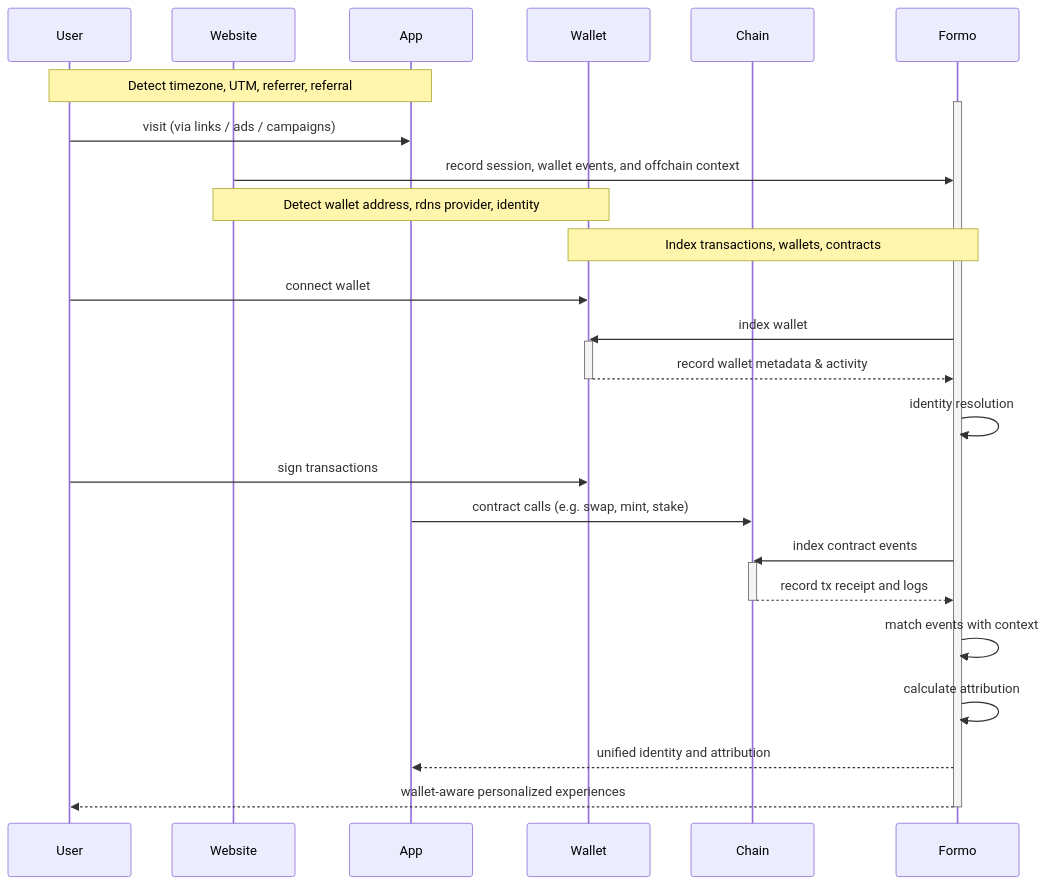
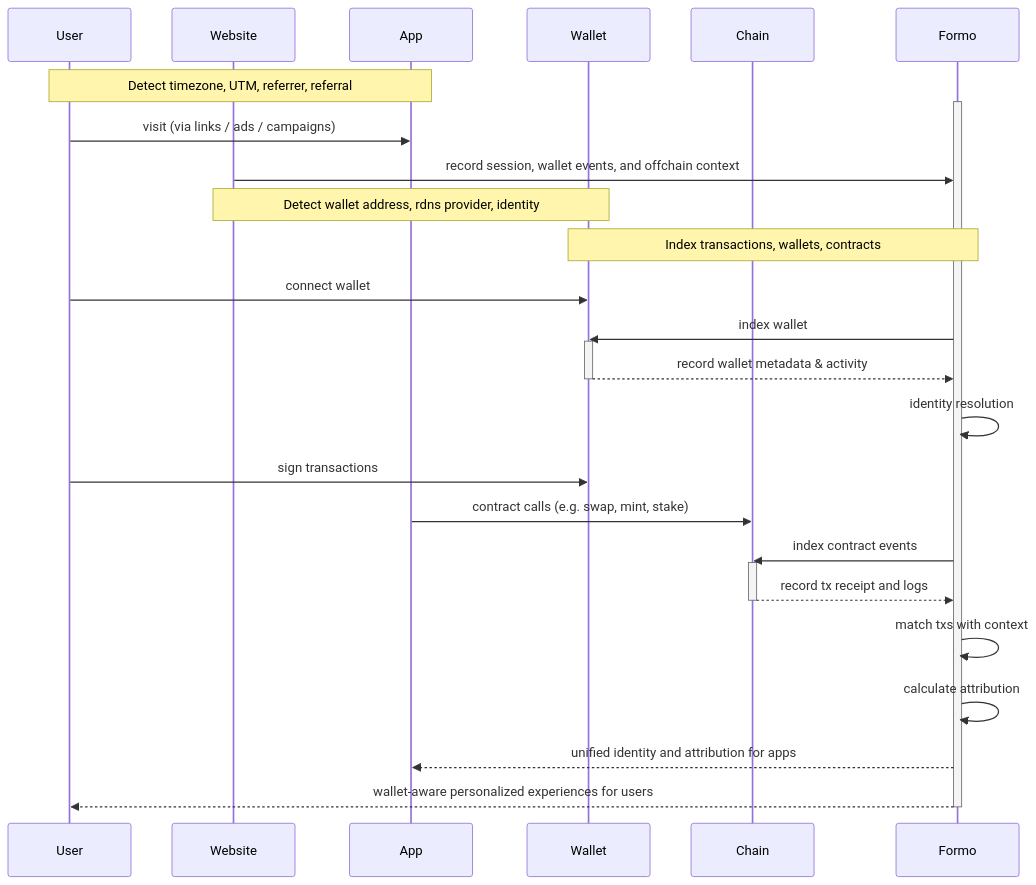
The diagram in data/attribution.mdx (getformo/docs.formo.so), drawn with Mermaid before and after one commit. The commit also changed other lines of this file and 1 other file, not shown here.

Commit message:
Update attribution diagram

````diff
--- a/data/attribution.mdx
+++ b/data/attribution.mdx
@@ -51,44 +51,44 @@
 ```mermaid
 sequenceDiagram
     participant User
     participant Website
     participant App
     participant Wallet
     participant Chain
     participant Formo
 
     note over User,App: Detect timezone, UTM, referrer, referral
         activate Formo    
 
 
     %% Session start
     User->>App: visit (via links / ads / campaigns)
     Website->>Formo: record session, wallet events, and offchain context
 
 note over Website,Wallet: Detect wallet address, rdns provider, identity
 note over Wallet,Formo: Index transactions, wallets, contracts
 
     User->>Wallet: connect wallet 
 
     Formo->>Wallet: index wallet
     activate Wallet
     Wallet-->>Formo: record wallet metadata & activity
     deactivate Wallet
     Formo->>Formo: identity resolution
 
     User->>Wallet: sign transactions
 
     App->>Chain: contract calls (e.g. swap, mint, stake)
 
     Formo->>Chain: index contract events
     activate Chain
     Chain-->>Formo: record tx receipt and logs
     deactivate Chain
 
-    Formo->>Formo: match events with context
+    Formo->>Formo: match txs with context
     Formo->>Formo: calculate attribution
 
-    Formo-->>App: unified identity and attribution
-    Formo-->>User: wallet-aware personalized experiences
+    Formo-->>App: unified identity and attribution for apps
+    Formo-->>User: wallet-aware personalized experiences for users
     deactivate Formo
 ```
````
